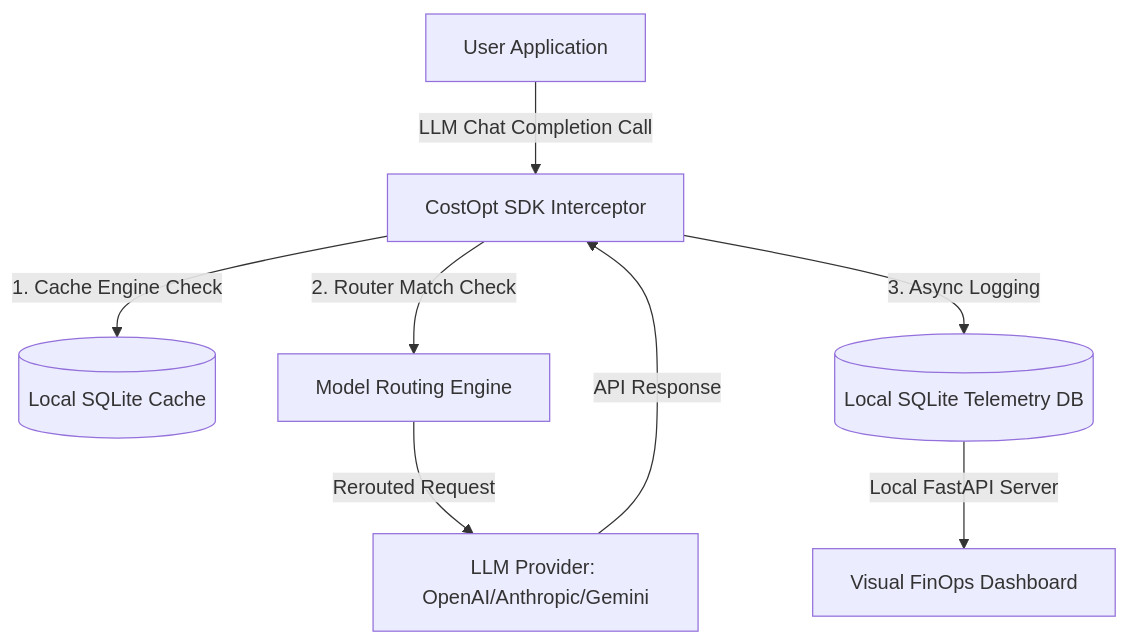
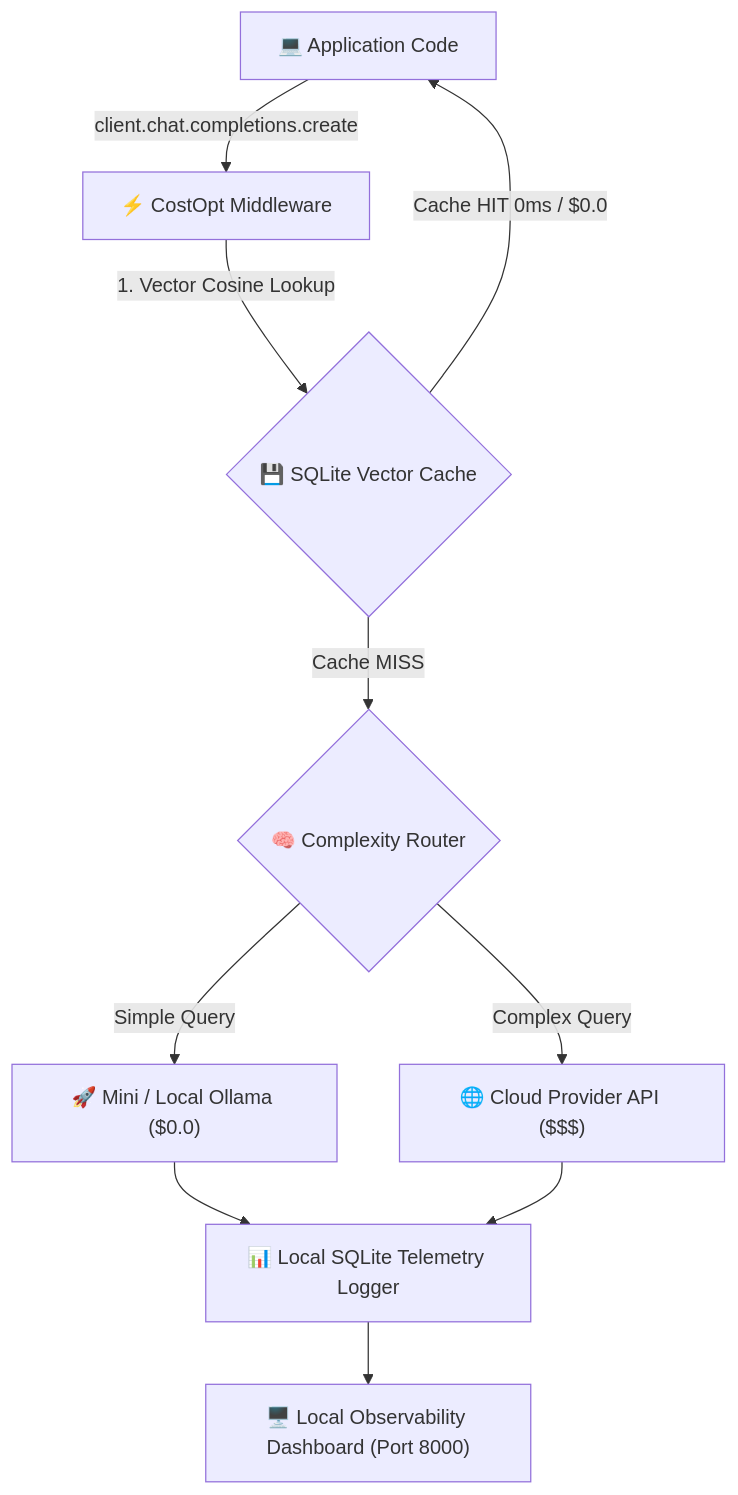
One commit to khusshdesai/CostOpt changed the diagram in README.md. Above: the diagram before and after it, drawn with Mermaid. The commit also changed other lines of this file, not shown here.

Commit message:
docs: redesign README layout to match high-fidelity enterprise presentation format

````diff
--- a/README.md
+++ b/README.md
@@ -28,10 +40,15 @@
 ```mermaid
 graph TD
-    UserApp[User Application] -->|LLM Chat Completion Call| SDK[CostOpt SDK Interceptor]
-    SDK -->|1. Cache Engine Check| Cache[(Local SQLite Cache)]
-    SDK -->|2. Router Match Check| Router[Model Routing Engine]
-    Router -->|Rerouted Request| LLM[LLM Provider: OpenAI/Anthropic/Gemini]
-    LLM -->|API Response| SDK
-    SDK -->|3. Async Logging| Telemetry[(Local SQLite Telemetry DB)]
-    Telemetry -->|Local FastAPI Server| Dashboard[Visual FinOps Dashboard]
+    App["💻 Application Code"] -->|client.chat.completions.create| Interceptor["⚡ CostOpt Middleware"]
+    
+    Interceptor -->|1. Vector Cosine Lookup| Cache{"💾 SQLite Vector Cache"}
+    Cache -->|Cache HIT 0ms / $0.0| App
+    
+    Cache -->|Cache MISS| Router{"🧠 Complexity Router"}
+    Router -->|Simple Query| MiniModel["🚀 Mini / Local Ollama ($0.0)"]
+    Router -->|Complex Query| OriginalModel["🌐 Cloud Provider API ($$$)"]
+    
+    MiniModel --> Telemetry["📊 Local SQLite Telemetry Logger"]
+    OriginalModel --> Telemetry
+    Telemetry --> Dashboard["🖥️ Local Observability Dashboard (Port 8000)"]
 ```
````
